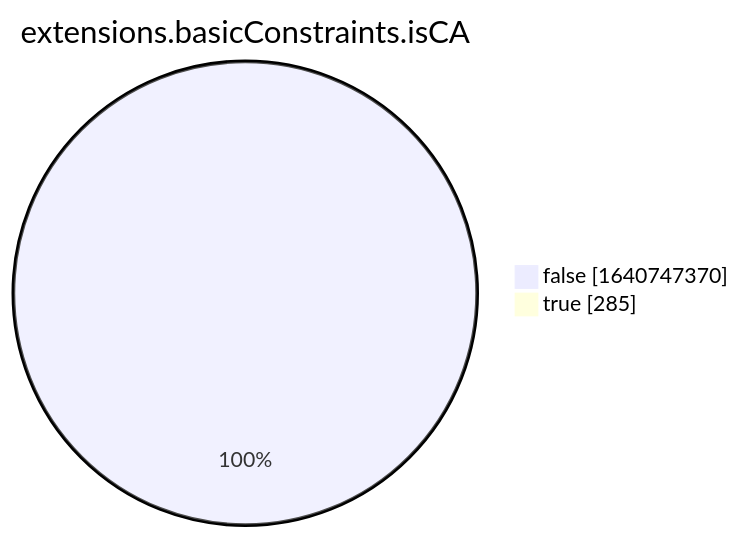
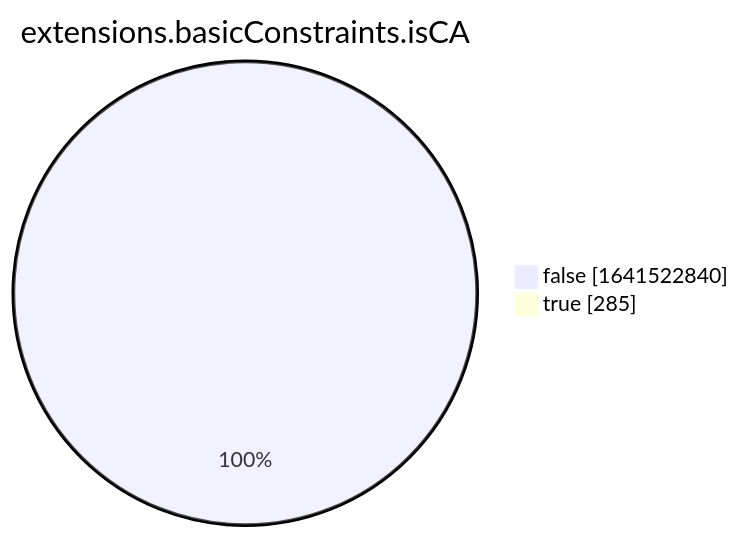
The eighth of 15 diagrams in xenon2022/README.md (christiankrug/ctmonitor_visualization), drawn with Mermaid before and after one commit. The commit also changed other lines of this file, not shown here.

````diff
--- a/xenon2022/README.md
+++ b/xenon2022/README.md
@@ -2863,6 +2863,6 @@
 ```mermaid
 pie showData
 title extensions.basicConstraints.isCA
-"false" :1640747370
+"false" :1641522840
 "true" :285
 ```
````
